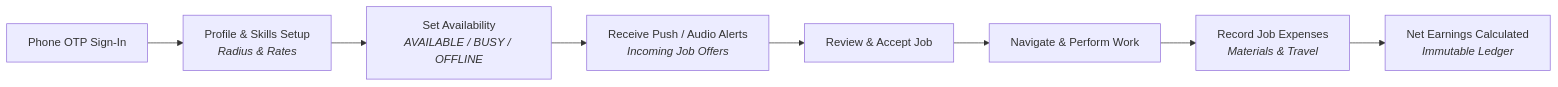
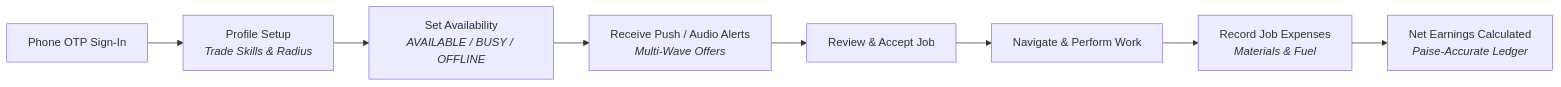
Before and after one commit to shreeharsh-patil/KaamSetu: the fourth of 5 diagrams in README.md, drawn with Mermaid. The commit also changed other lines of this file, not shown here.

Commit message:
docs: overhaul README with clean UTF-8, anti-stall architecture, and portal showcase

````diff
--- a/README.md
+++ b/README.md
@@ -182,10 +195,10 @@
 ```mermaid
 flowchart LR
-    W1[Phone OTP Sign-In] --> W2[Profile & Skills Setup<br><i>Radius & Rates</i>]
+    W1[Phone OTP Sign-In] --> W2[Profile Setup<br><i>Trade Skills & Radius</i>]
     W2 --> W3[Set Availability<br><i>AVAILABLE / BUSY / OFFLINE</i>]
-    W3 --> W4[Receive Push / Audio Alerts<br><i>Incoming Job Offers</i>]
+    W3 --> W4[Receive Push / Audio Alerts<br><i>Multi-Wave Offers</i>]
     W4 --> W5[Review & Accept Job]
     W5 --> W6[Navigate & Perform Work]
-    W6 --> W7[Record Job Expenses<br><i>Materials & Travel</i>]
-    W7 --> W8[Net Earnings Calculated<br><i>Immutable Ledger</i>]
+    W6 --> W7[Record Job Expenses<br><i>Materials & Fuel</i>]
+    W7 --> W8[Net Earnings Calculated<br><i>Paise-Accurate Ledger</i>]
 ```
````
